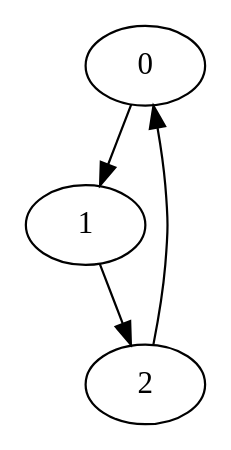
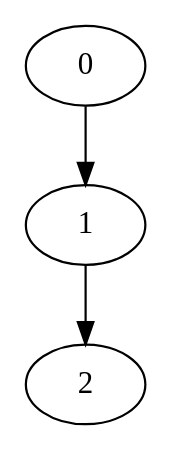
One commit to JosephChennattu123/SE-Lab-Project changed the diagram in src/systemtest/resources/mapFiles/small_map1.dot. Above: the diagram before and after it, drawn with Graphviz. The commit also changed 4 other files, not shown here.

```diff
--- a/src/systemtest/resources/mapFiles/small_map1.dot
+++ b/src/systemtest/resources/mapFiles/small_map1.dot
@@ -1,10 +1,9 @@
 digraph G {
 	0;
 	1;
 	2;
 
-	0 -> 1 [village=Saarbruecken; name=Kossmannstrasse; heightLimit=3; weight=10; primaryType=mainStreet; secondaryType=none;];
-	1 -> 2 [village=Saarbruecken; name=Haldistrasse; heightLimit=3; weight=10; primaryType=sideStreet; secondaryType=none;];
-	2 -> 0 [village=Saarbruecken; name=UniCampus; heightLimit=3; weight=10; primaryType=sideStreet; secondaryType=none;];
+	0 -> 1 [village=Saarbruecken; name=Saargemuender; heightLimit=3; weight=30; primaryType=mainStreet; secondaryType=none;];
+	1 -> 2 [village=Saarbruecken; name=Kossmannstrasse; heightLimit=3; weight=10; primaryType=sideStreet; secondaryType=none;];
 
 }
```
